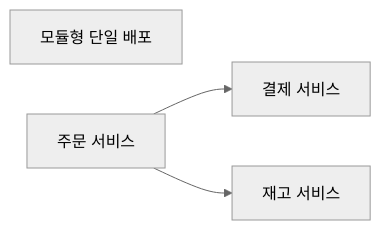
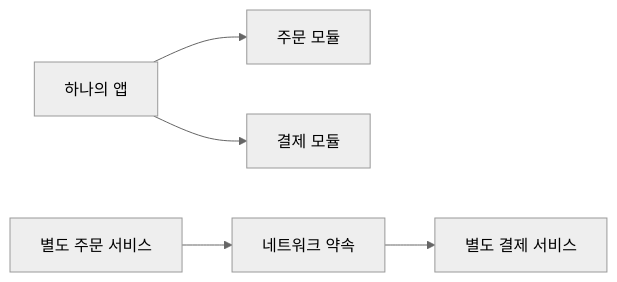
The diagram in content/topics/monolith-vs-msa.md (moocongpapa/it-study), drawn with Mermaid (neutral theme) before and after one commit. The commit also changed other lines of this file and 71 other files, not shown here.

````diff
--- a/content/topics/monolith-vs-msa.md
+++ b/content/topics/monolith-vs-msa.md
@@ -6,6 +20,6 @@
 ```mermaid
 flowchart LR
-  M["모듈형 단일 배포"]
-  O["주문 서비스"] --> P["결제 서비스"]
-  O --> I["재고 서비스"]
+ A["하나의 앱"] --> B["주문 모듈"]
+ A --> C["결제 모듈"]
+ D["별도 주문 서비스"] --> E["네트워크 약속"] --> F["별도 결제 서비스"]
 ```
````
